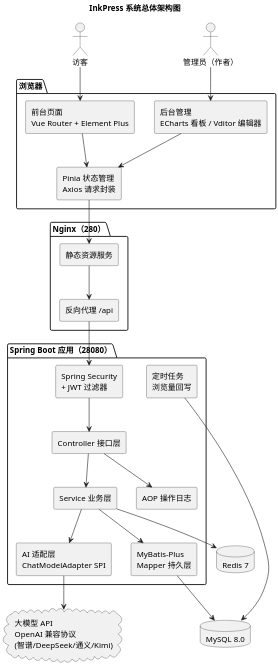
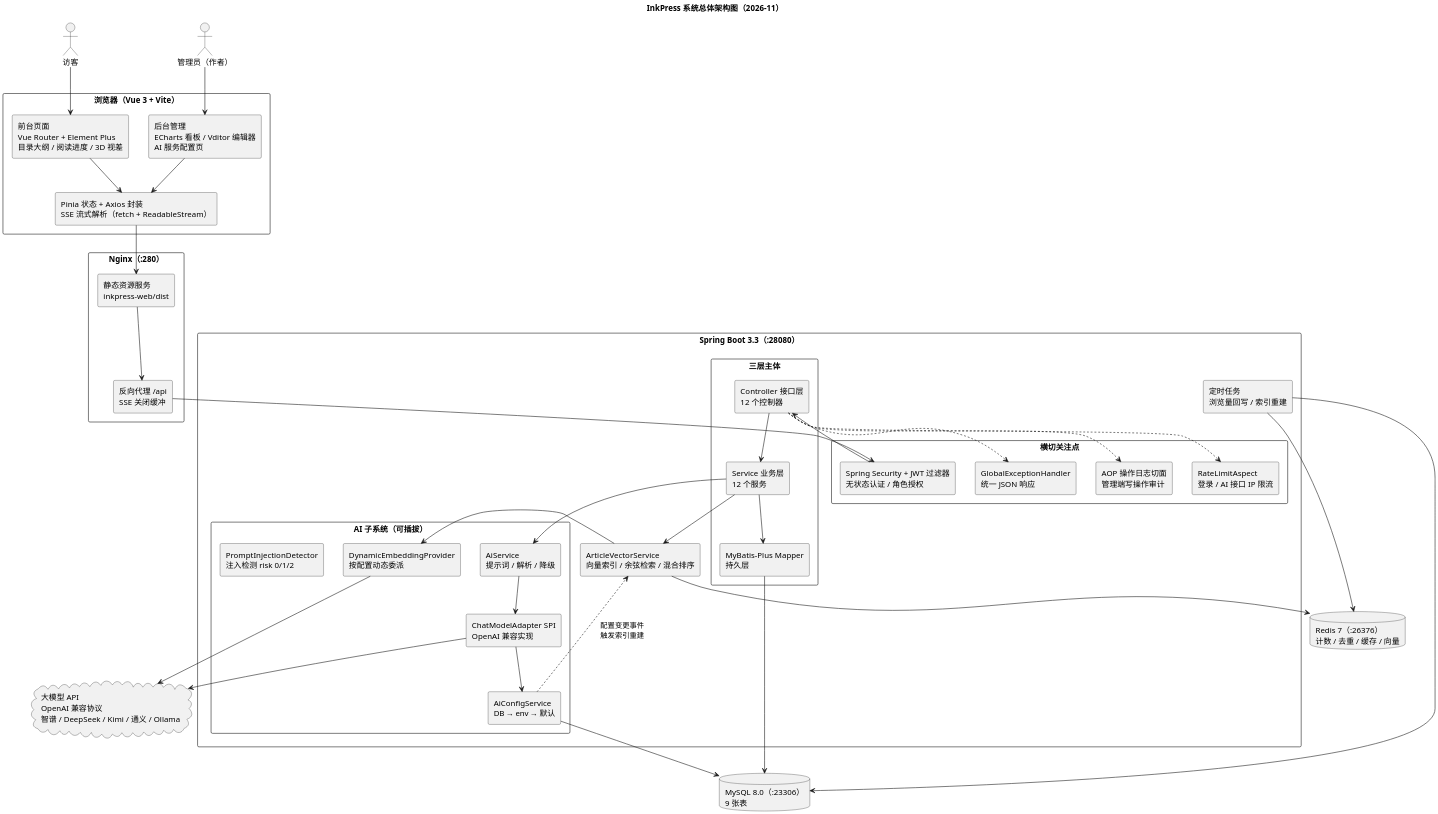
The diagram in docs/diagrams/01-系统架构图.puml (lggyx/inkpress2agent), drawn with PlantUML before and after one commit. The commit also changed 154 other files, not shown here.

```diff
--- a/docs/diagrams/01-系统架构图.puml
+++ b/docs/diagrams/01-系统架构图.puml
@@ -1,52 +1,81 @@
 @startuml 01-系统架构图
 skinparam dpi 200
 skinparam componentStyle rectangle
 skinparam shadowing false
 skinparam defaultFontName Microsoft YaHei
-title InkPress 系统总体架构图
+skinparam packageStyle rectangle
+title InkPress 系统总体架构图（2026-11）
 
-actor 访客 as guest
+actor "访客" as guest
 actor "管理员（作者）" as admin
 
-package "浏览器" {
-  [前台页面\nVue Router + Element Plus] as front
-  [后台管理\nECharts 看板 / Vditor 编辑器] as backui
-  [Pinia 状态管理\nAxios 请求封装] as store
+package "浏览器（Vue 3 + Vite）" {
+  [前台页面\nVue Router + Element Plus\n目录大纲 / 阅读进度 / 3D 视差] as front
+  [后台管理\nECharts 看板 / Vditor 编辑器\nAI 服务配置页] as backui
+  [Pinia 状态 + Axios 封装\nSSE 流式解析（fetch + ReadableStream）] as store
 }
 
-package "Nginx（280）" {
-  [静态资源服务] as nginx
-  [反向代理 /api] as proxy
+package "Nginx（:280）" {
+  [静态资源服务\ninkpress-web/dist] as nginx
+  [反向代理 /api\nSSE 关闭缓冲] as proxy
 }
 
-package "Spring Boot 应用（28080）" {
-  [Controller 接口层] as ctrl
-  [Service 业务层] as svc
-  [Spring Security\n+ JWT 过滤器] as sec
-  [MyBatis-Plus\nMapper 持久层] as mapper
-  [AI 适配层\nChatModelAdapter SPI] as ai
-  [AOP 操作日志] as aop
-  [定时任务\n浏览量回写] as sched
+package "Spring Boot 3.3（:28080）" {
+
+  package "横切关注点" {
+    [Spring Security + JWT 过滤器\n无状态认证 / 角色授权] as sec
+    [AOP 操作日志切面\n管理端写操作审计] as aop
+    [RateLimitAspect\n登录 / AI 接口 IP 限流] as limit
+    [GlobalExceptionHandler\n统一 JSON 响应] as exh
+  }
+
+  package "三层主体" {
+    [Controller 接口层\n12 个控制器] as ctrl
+    [Service 业务层\n12 个服务] as svc
+    [MyBatis-Plus Mapper\n持久层] as mapper
+  }
+
+  package "AI 子系统（可插拔）" {
+    [ChatModelAdapter SPI\nOpenAI 兼容实现] as adapter
+    [AiService\n提示词 / 解析 / 降级] as aisvc
+    [DynamicEmbeddingProvider\n按配置动态委派] as emb
+    [AiConfigService\nDB → env → 默认] as cfg
+    [PromptInjectionDetector\n注入检测 risk 0/1/2] as inject
+  }
+
+  [ArticleVectorService\n向量索引 / 余弦检索 / 混合排序] as vec
+  [定时任务\n浏览量回写 / 索引重建] as sched
 }
 
-database "MySQL 8.0" as mysql
-database "Redis 7" as redis
-cloud "大模型 API\nOpenAI 兼容协议\n(智谱/DeepSeek/通义/Kimi)" as llm
+database "MySQL 8.0（:23306）\n9 张表" as mysql
+database "Redis 7（:26376）\n计数 / 去重 / 缓存 / 向量" as redis
+cloud "大模型 API\nOpenAI 兼容协议\n智谱 / DeepSeek / Kimi / 通义 / Ollama" as llm
 
 guest --> front
 admin --> backui
 front --> store
 backui --> store
 store --> nginx
 nginx --> proxy
 proxy --> sec
 sec --> ctrl
 ctrl --> svc
 svc --> mapper
-svc --> ai
-ctrl --> aop
-svc --> redis
+mapper --> mysql
+svc --> vec
+vec --> emb
+vec --> redis
+svc --> aisvc
+aisvc --> adapter
+adapter --> cfg
+adapter --> llm
+emb --> llm
+cfg --> mysql
+ctrl ..> aop
+ctrl ..> limit
+ctrl ..> exh
 sched --> mysql
-mapper --> mysql
-ai --> llm
+sched --> redis
+cfg ..> vec : 配置变更事件\n触发索引重建
+
 @enduml
```
